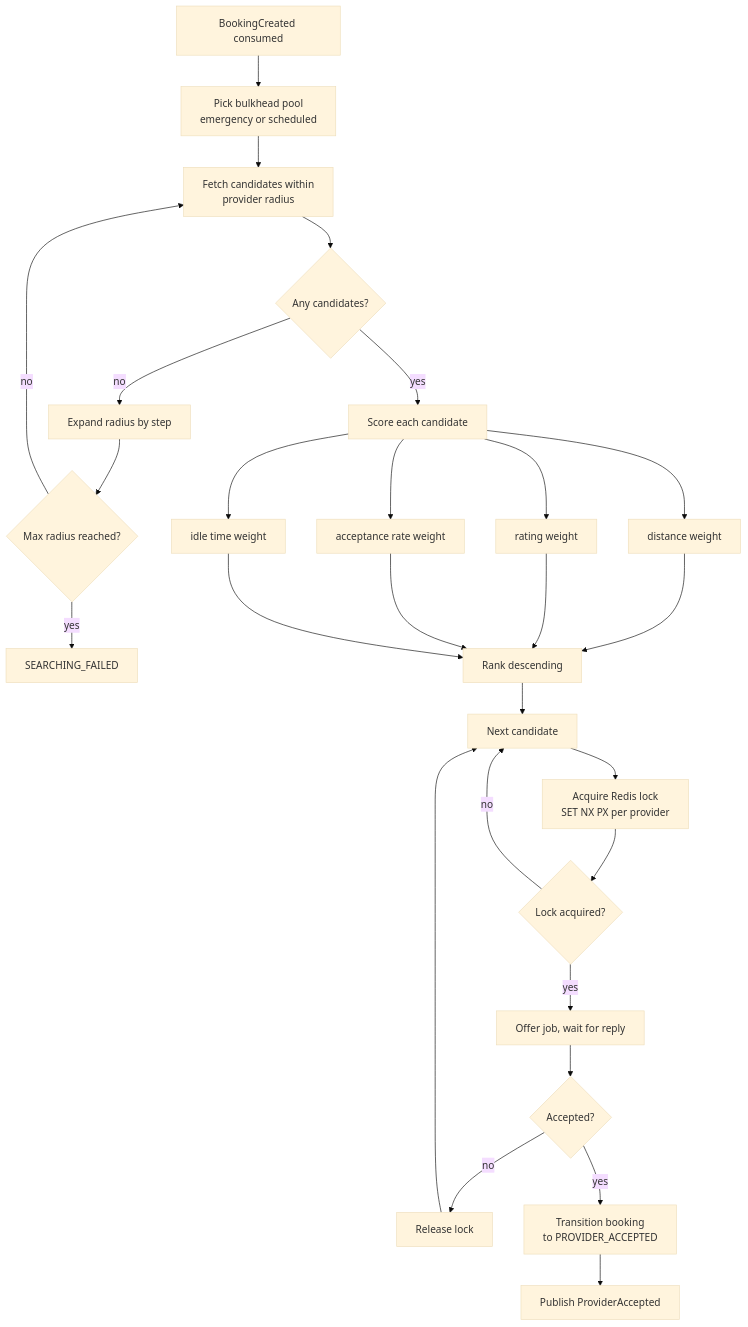
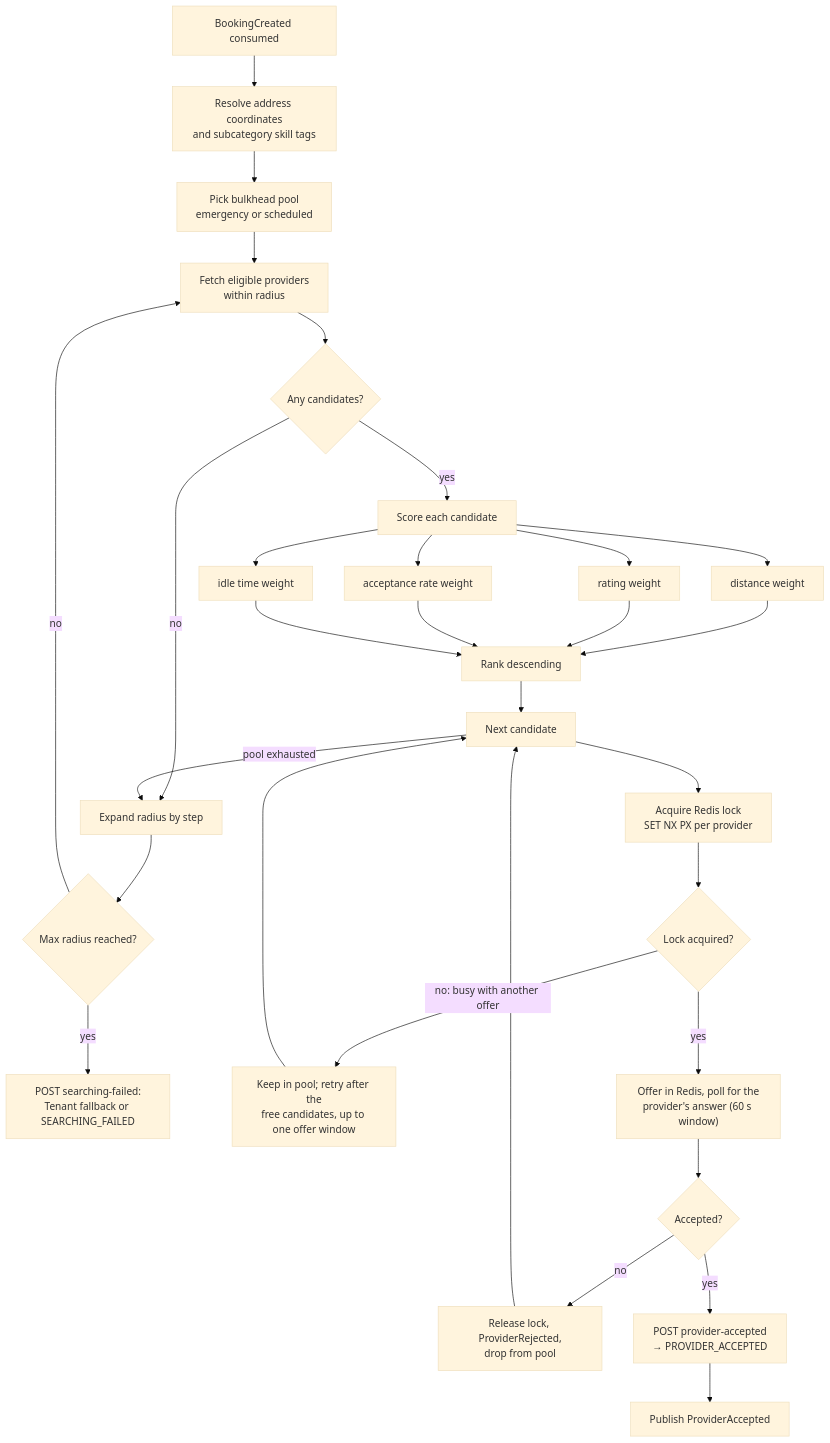
Diagram 25 of 28 in docs/ARCHITECTURE.md (KripaGIT009/home-fix), drawn with Mermaid (base theme) before and after one commit. The commit also changed other lines of this file and 7 other files, not shown here.

````diff
--- a/docs/ARCHITECTURE.md
+++ b/docs/ARCHITECTURE.md
@@ -1176,28 +1375,31 @@
 ```mermaid
 flowchart TD
-    A["BookingCreated consumed"] --> B["Pick bulkhead pool<br/>emergency or scheduled"]
-    B --> C["Fetch candidates within<br/>provider radius"]
+    A["BookingCreated consumed"] --> A1["Resolve address coordinates<br/>and subcategory skill tags"]
+    A1 --> B["Pick bulkhead pool<br/>emergency or scheduled"]
+    B --> C["Fetch eligible providers<br/>within radius"]
     C --> D{"Any candidates?"}
     D -->|no| E["Expand radius by step"]
     E --> F{"Max radius reached?"}
     F -->|no| C
-    F -->|yes| G["SEARCHING_FAILED"]
+    F -->|yes| G["POST searching-failed:<br/>Tenant fallback or SEARCHING_FAILED"]
     D -->|yes| H["Score each candidate"]
 
     H --> H1["distance weight"]
     H --> H2["rating weight"]
     H --> H3["acceptance rate weight"]
     H --> H4["idle time weight"]
     H1 & H2 & H3 & H4 --> I["Rank descending"]
 
     I --> J["Next candidate"]
     J --> K["Acquire Redis lock<br/>SET NX PX per provider"]
     K --> L{"Lock acquired?"}
-    L -->|no| J
-    L -->|yes| M["Offer job, wait for reply"]
+    L -->|"no: busy with another offer"| BUSY["Keep in pool; retry after the<br/>free candidates, up to one offer window"]
+    BUSY --> J
+    L -->|yes| M["Offer in Redis, poll for the<br/>provider's answer (60 s window)"]
     M --> N{"Accepted?"}
-    N -->|no| O["Release lock"]
+    N -->|no| O["Release lock, ProviderRejected,<br/>drop from pool"]
     O --> J
-    N -->|yes| P["Transition booking<br/>to PROVIDER_ACCEPTED"]
+    J -->|"pool exhausted"| E
+    N -->|yes| P["POST provider-accepted<br/>→ PROVIDER_ACCEPTED"]
     P --> Q["Publish ProviderAccepted"]
 ```
````
